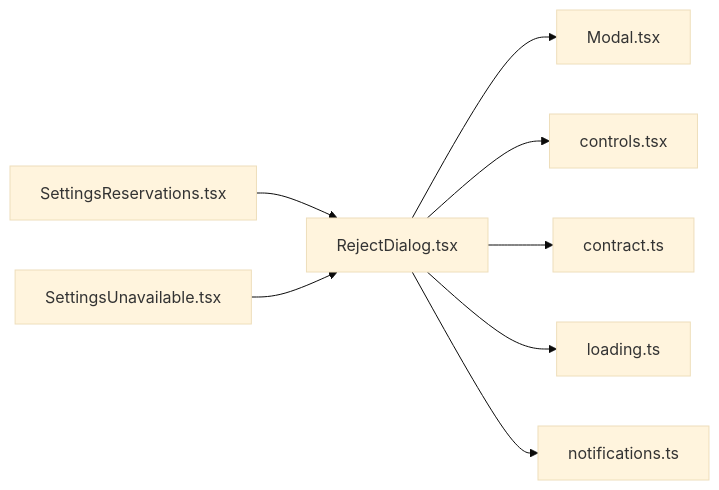
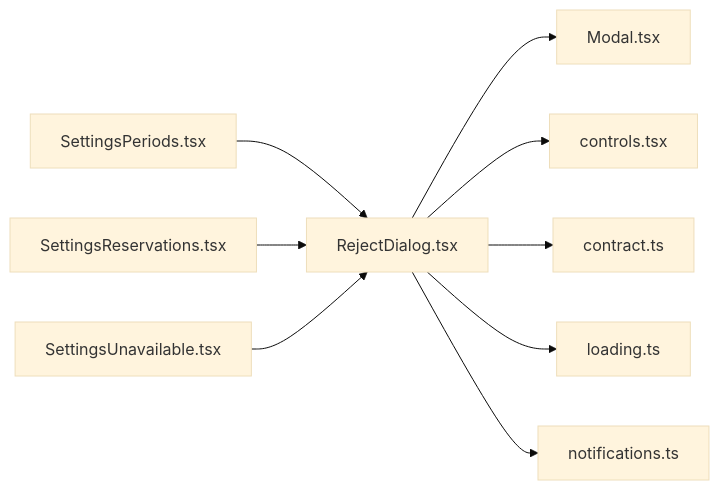
The diagram in .cluedoc/graph/frontend/src/components/RejectDialog.md (minkong-dev/Banblit), drawn with Mermaid (base theme) before and after one commit. The commit also changed other lines of this file and 35 other files, not shown here.

````diff
--- a/.cluedoc/graph/frontend/src/components/RejectDialog.md
+++ b/.cluedoc/graph/frontend/src/components/RejectDialog.md
@@ -10,11 +10,12 @@
 ```mermaid
 flowchart LR
   frontend_src_components_RejectDialog["RejectDialog.tsx"]
   frontend_src_components_RejectDialog --> frontend_src_components_Modal["Modal.tsx"]
   frontend_src_components_RejectDialog --> frontend_src_components_controls["controls.tsx"]
   frontend_src_components_RejectDialog --> frontend_src_lib_contract["contract.ts"]
   frontend_src_components_RejectDialog --> frontend_src_lib_loading["loading.ts"]
   frontend_src_components_RejectDialog --> frontend_src_lib_notifications["notifications.ts"]
+  frontend_src_routes_SettingsPeriods["SettingsPeriods.tsx"] --> frontend_src_components_RejectDialog
   frontend_src_routes_SettingsReservations["SettingsReservations.tsx"] --> frontend_src_components_RejectDialog
   frontend_src_routes_SettingsUnavailable["SettingsUnavailable.tsx"] --> frontend_src_components_RejectDialog
 ```
````
